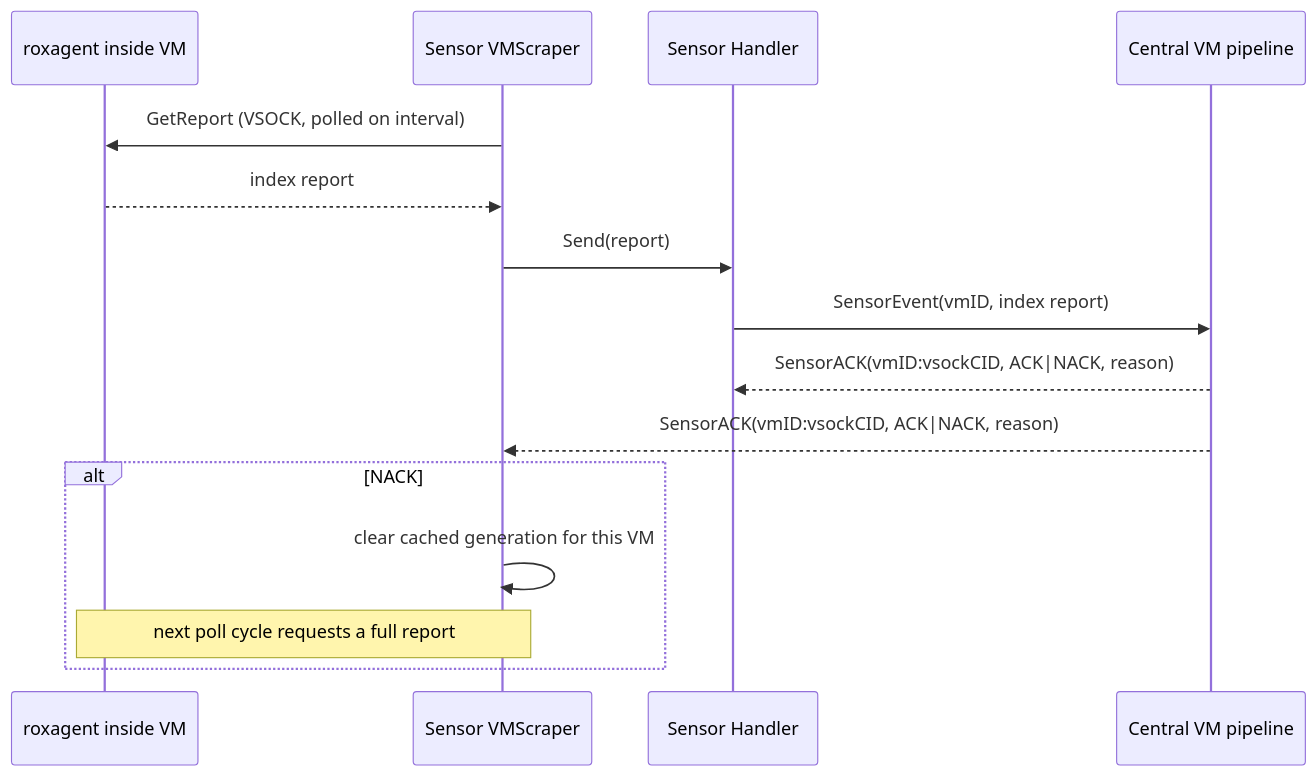
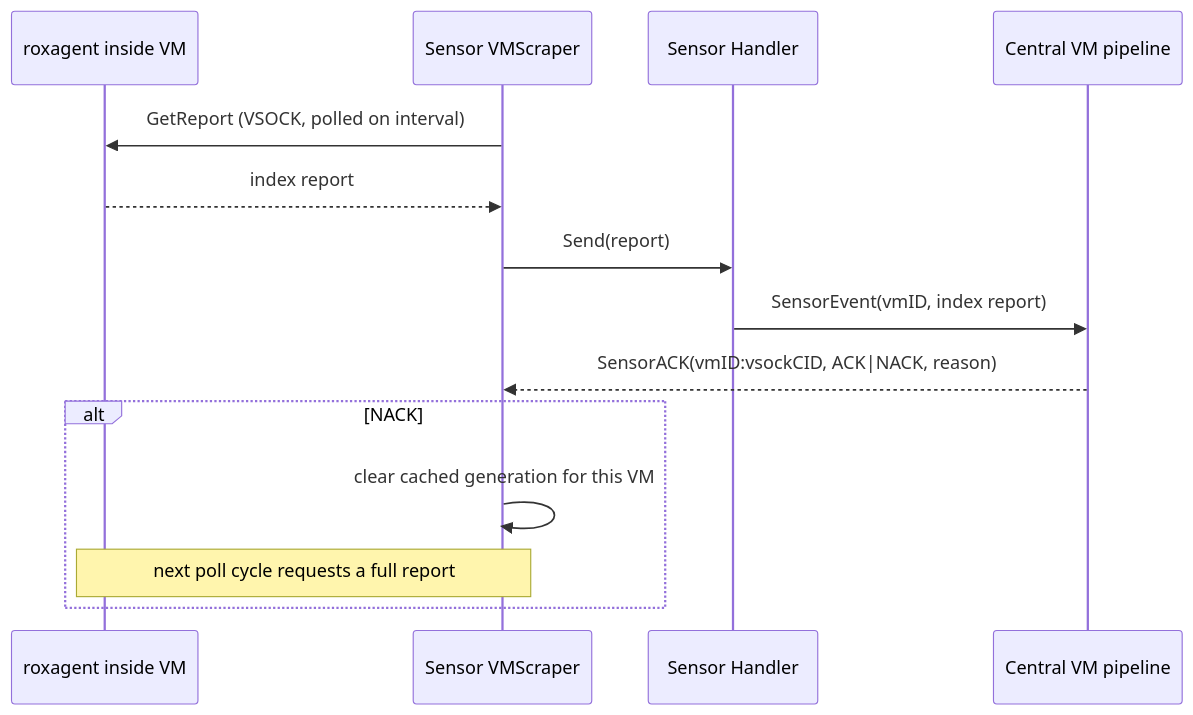
One commit to stackrox/stackrox changed the diagram in sensor/common/virtualmachine/ACK_MODEL.md. Above: the diagram before and after it, drawn with Mermaid. The commit also changed other lines of this file and 6 other files, not shown here.

````diff
--- a/sensor/common/virtualmachine/ACK_MODEL.md
+++ b/sensor/common/virtualmachine/ACK_MODEL.md
@@ -9,19 +9,18 @@
 ```mermaid
 sequenceDiagram
     participant A as roxagent inside VM
     participant Sc as Sensor VMScraper
     participant H as Sensor Handler
     participant X as Central VM pipeline
 
     Sc->>A: GetReport (VSOCK, polled on interval)
     A-->>Sc: index report
     Sc->>H: Send(report)
     H->>X: SensorEvent(vmID, index report)
-    X-->>H: SensorACK(vmID:vsockCID, ACK|NACK, reason)
     X-->>Sc: SensorACK(vmID:vsockCID, ACK|NACK, reason)
 
     alt NACK
         Sc->>Sc: clear cached generation for this VM
         Note over Sc,A: next poll cycle requests a full report
     end
 ```
````
